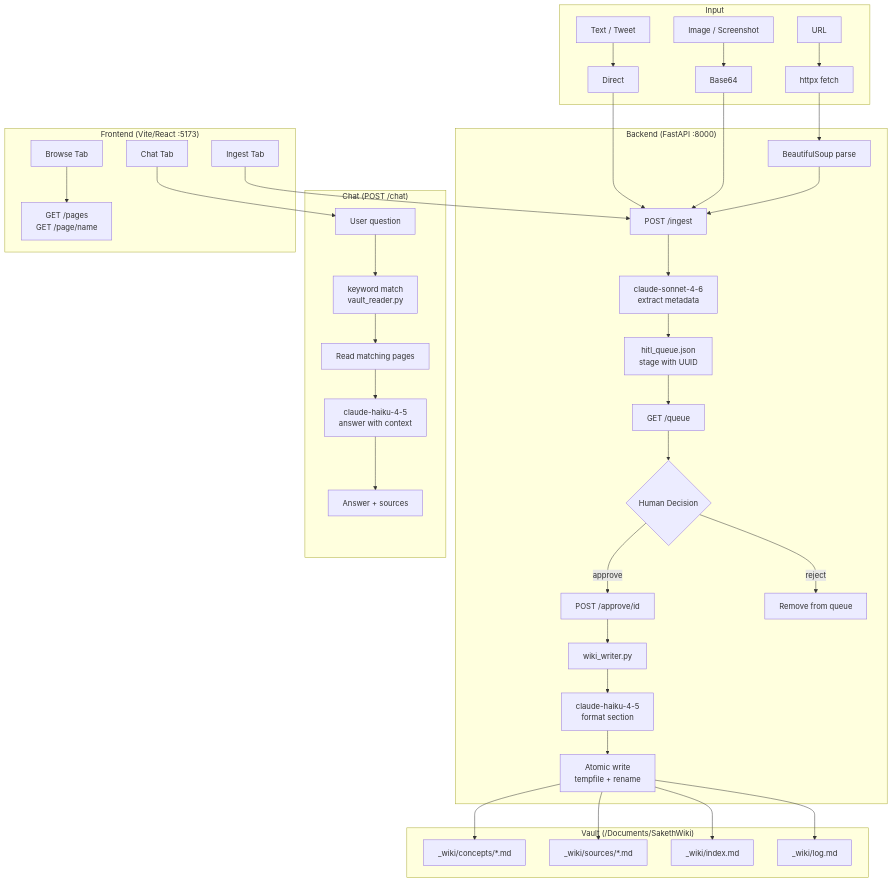
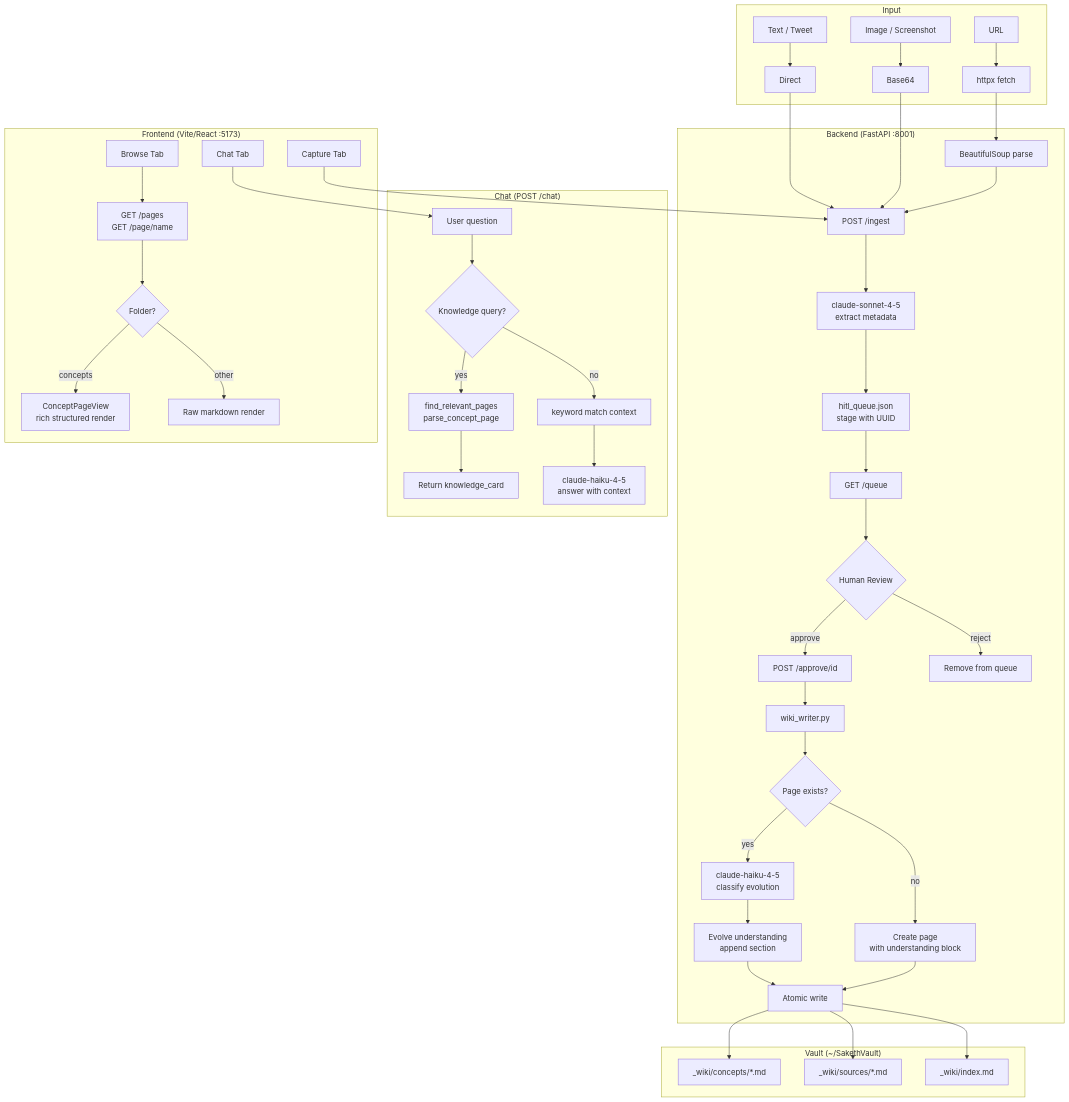
One commit to Sakethv7/SakethWiki changed the diagram in CONCEPTS.md. Above: the diagram before and after it, drawn with Mermaid. The commit also changed other lines of this file and 1 other file, not shown here.

First line of the commit message:
Update README and CONCEPTS to reflect current system

````diff
--- a/CONCEPTS.md
+++ b/CONCEPTS.md
@@ -5,44 +5,51 @@
 ```mermaid
 graph TB
     subgraph Input
         A[URL] --> B[httpx fetch]
         C[Text / Tweet] --> D[Direct]
         E[Image / Screenshot] --> F[Base64]
     end
 
-    subgraph Backend["Backend (FastAPI :8000)"]
+    subgraph Backend["Backend (FastAPI :8001)"]
         B --> G[BeautifulSoup parse]
         D --> H
         F --> H
         G --> H[POST /ingest]
-        H --> I[claude-sonnet-4-6\nextract metadata]
+        H --> I[claude-sonnet-4-5\nextract metadata]
         I --> J[hitl_queue.json\nstage with UUID]
         J --> K[GET /queue]
-        K --> L{Human Decision}
+        K --> L{Human Review}
         L -- approve --> M[POST /approve/id]
         L -- reject --> N[Remove from queue]
         M --> O[wiki_writer.py]
-        O --> P[claude-haiku-4-5\nformat section]
-        P --> Q[Atomic write\ntempfile + rename]
+        O --> P{Page exists?}
+        P -- yes --> Q[claude-haiku-4-5\nclassify evolution]
+        P -- no --> R[Create page\nwith understanding block]
+        Q --> S[Evolve understanding\nappend section]
+        S --> T[Atomic write]
+        R --> T
     end
 
-    subgraph Vault["Vault (/Documents/SakethWiki)"]
-        Q --> R[_wiki/concepts/*.md]
-        Q --> S[_wiki/sources/*.md]
-        Q --> T[_wiki/index.md]
-        Q --> U[_wiki/log.md]
+    subgraph Vault["Vault (~/SakethVault)"]
+        T --> U[_wiki/concepts/*.md]
+        T --> V[_wiki/sources/*.md]
+        T --> W[_wiki/index.md]
     end
 
     subgraph Chat["Chat (POST /chat)"]
-        V[User question] --> W[keyword match\nvault_reader.py]
-        W --> X[Read matching pages]
-        X --> Y[claude-haiku-4-5\nanswer with context]
-        Y --> Z[Answer + sources]
+        X[User question] --> Y{Knowledge query?}
+        Y -- yes --> Z[find_relevant_pages\nparse_concept_page]
+        Y -- no --> AA[keyword match context]
+        Z --> AB[Return knowledge_card]
+        AA --> AC[claude-haiku-4-5\nanswer with context]
     end
 
     subgraph Frontend["Frontend (Vite/React :5173)"]
-        AA[Ingest Tab] --> H
-        AB[Chat Tab] --> V
-        AC[Browse Tab] --> K2[GET /pages\nGET /page/name]
+        CA[Capture Tab] --> H
+        CB[Chat Tab] --> X
+        CC[Browse Tab] --> CD[GET /pages\nGET /page/name]
+        CD --> CE{Folder?}
+        CE -- concepts --> CF[ConceptPageView\nrich structured render]
+        CE -- other --> CG[Raw markdown render]
     end
 ```
````
